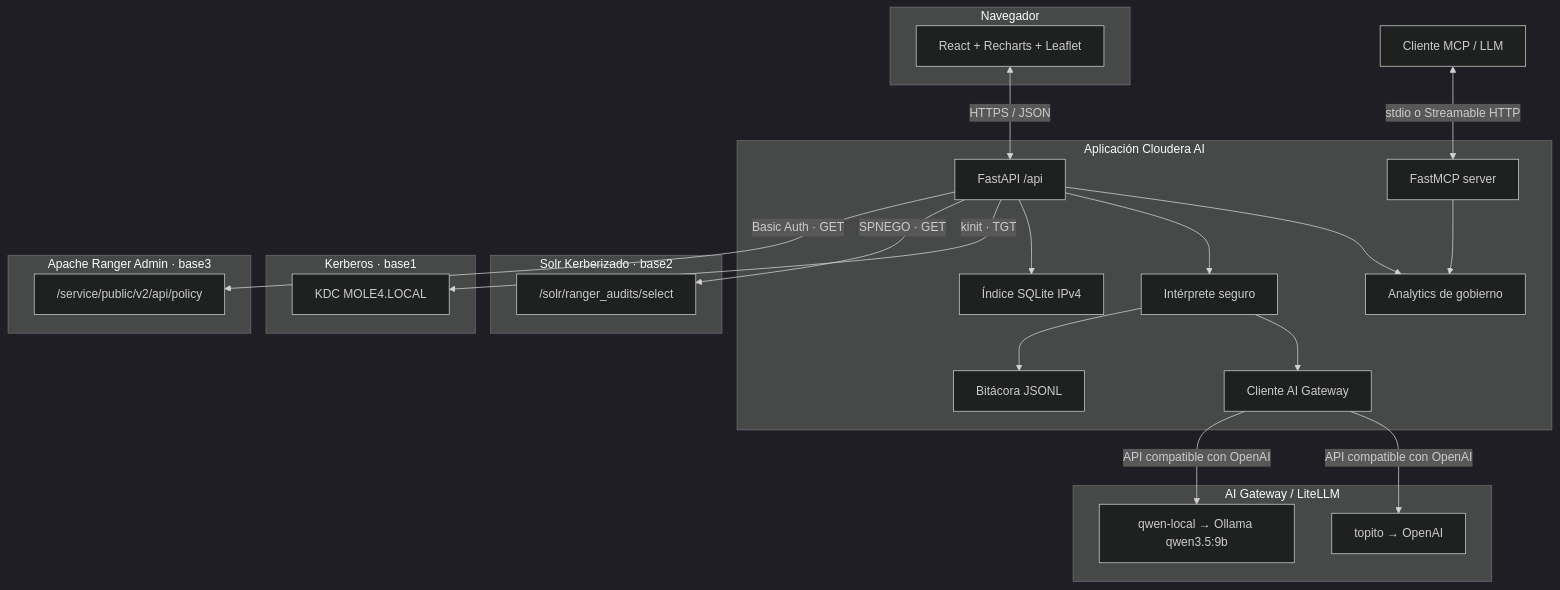
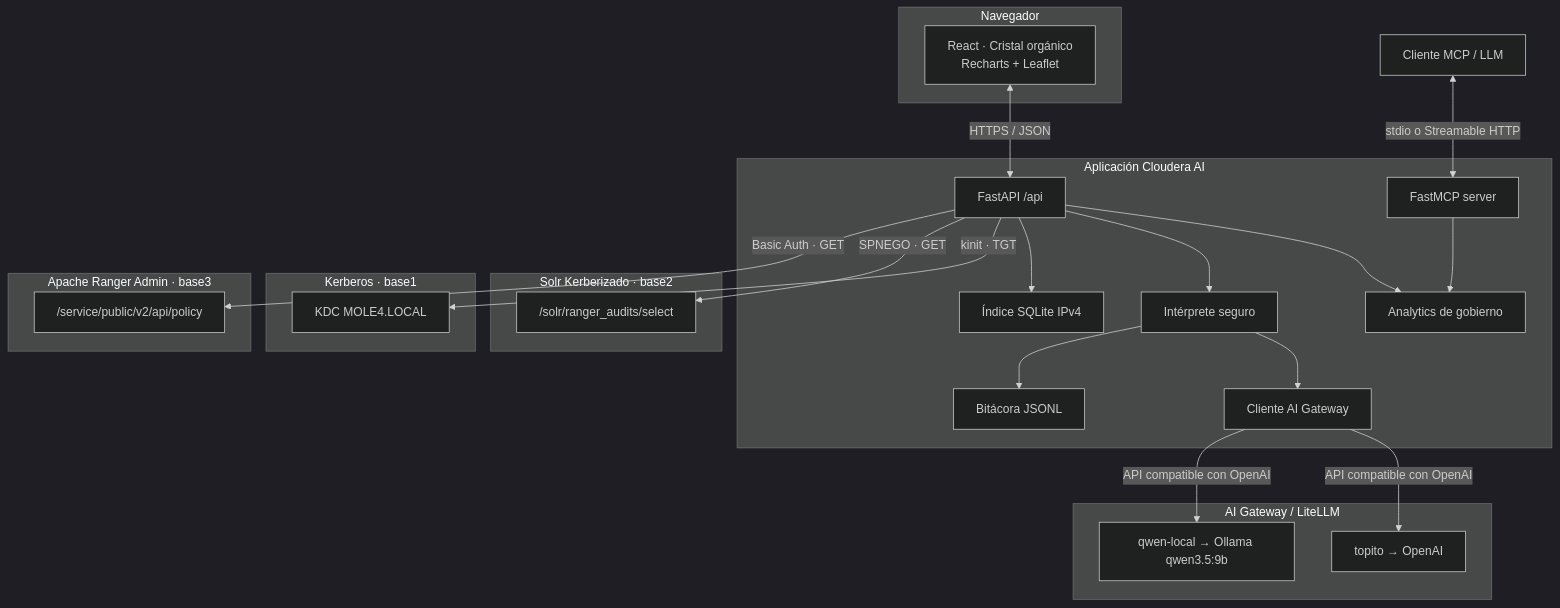
The second of 2 diagrams in README.md (smerchanmole/amp-ranger-dashboard), drawn with Mermaid (dark theme) before and after one commit. The commit also changed other lines of this file and 4 other files, not shown here.

````diff
--- a/README.md
+++ b/README.md
@@ -107,47 +131,47 @@
 ```mermaid
 flowchart TB
     subgraph Browser["Navegador"]
-        UI["React + Recharts + Leaflet"]
+        UI["React · Cristal orgánico<br/>Recharts + Leaflet"]
     end
 
     subgraph App["Aplicación Cloudera AI"]
         API["FastAPI /api"]
         GOV["Analytics de gobierno"]
         CHAT["Intérprete seguro"]
         GATEWAY["Cliente AI Gateway"]
         GEO["Índice SQLite IPv4"]
         AUDIT["Bitácora JSONL"]
         MCPS["FastMCP server"]
         API --> GOV
         API --> CHAT
         CHAT --> GATEWAY
         API --> GEO
         CHAT --> AUDIT
         MCPS --> GOV
     end
 
     subgraph Solr["Solr Kerberizado · base2"]
         XA["/solr/ranger_audits/select"]
     end
 
     subgraph Kerberos["Kerberos · base1"]
         KDC["KDC MOLE4.LOCAL"]
     end
 
     subgraph Ranger["Apache Ranger Admin · base3"]
         PO["/service/public/v2/api/policy"]
     end
 
     subgraph AI["AI Gateway / LiteLLM"]
         TOPITO["topito → OpenAI"]
         QWEN["qwen-local → Ollama qwen3.5:9b"]
     end
 
     UI <-->|"HTTPS / JSON"| API
     API -->|"kinit · TGT"| KDC
     API -->|"SPNEGO · GET"| XA
     API -->|"Basic Auth · GET"| PO
     GATEWAY -->|"API compatible con OpenAI"| TOPITO
     GATEWAY -->|"API compatible con OpenAI"| QWEN
     AGENT["Cliente MCP / LLM"] <-->|"stdio o Streamable HTTP"| MCPS
 ```
````
